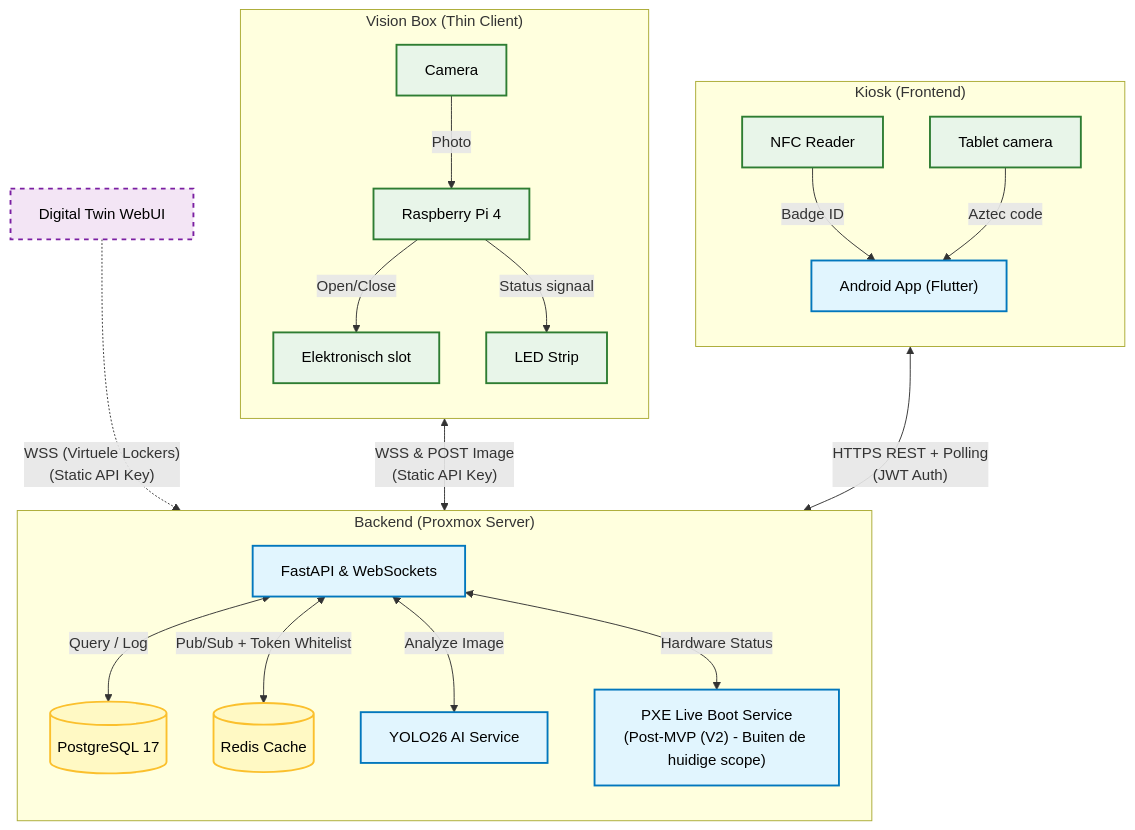
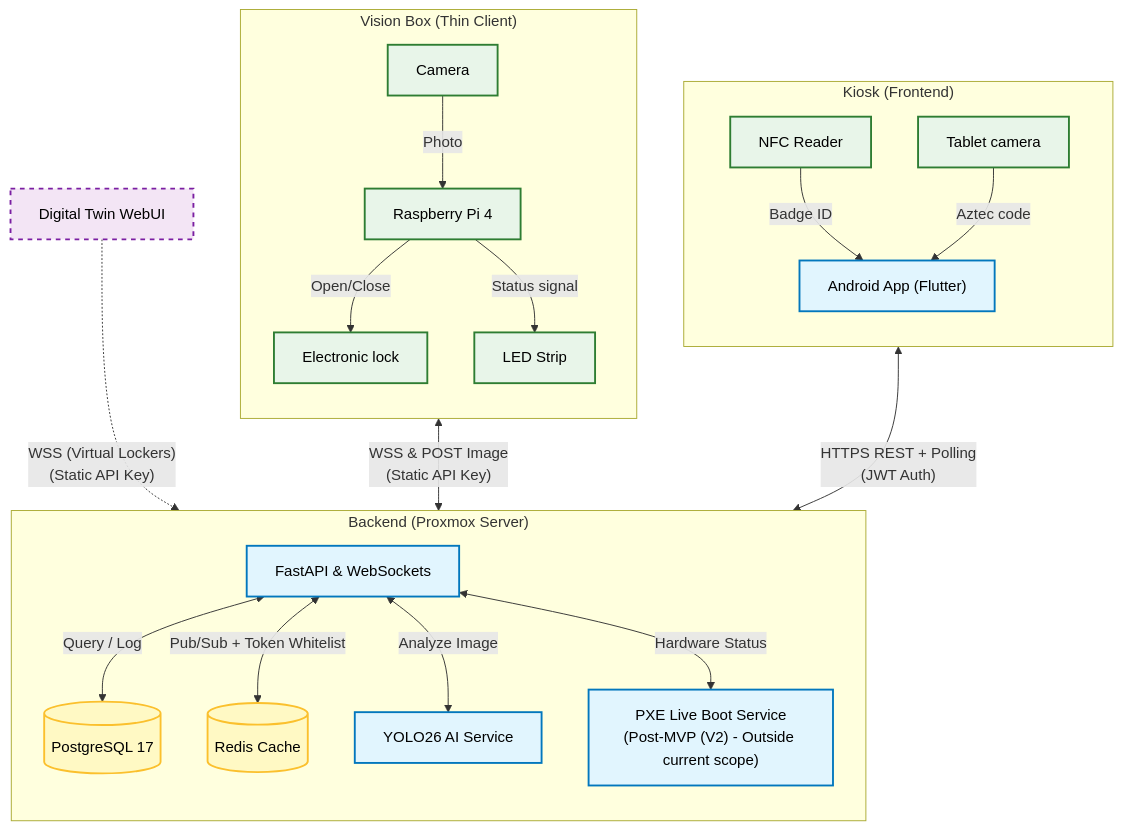
Before and after one commit to easylend-practice-enterprise/easylend: the second of 3 diagrams in docs/architecture.md, drawn with Mermaid. The commit also changed other lines of this file and 39 other files, not shown here.

````diff
--- a/docs/architecture.md
+++ b/docs/architecture.md
@@ -54,61 +54,61 @@
 ```mermaid
 flowchart TD
-    %% STIJLEN (Corporate & Clean)
+    %% STYLES (Corporate & Clean)
     classDef soft fill:#E1F5FE,stroke:#0277BD,stroke-width:2px,color:#000;
     classDef hard fill:#E8F5E9,stroke:#2E7D32,stroke-width:2px,color:#000;
     classDef data fill:#FFF9C4,stroke:#FBC02d,stroke-width:2px,color:#000;
     classDef sim  fill:#F3E5F5,stroke:#7B1FA2,stroke-width:2px,stroke-dasharray: 5 5,color:#000;
 
-    %% DOMEIN 1: KIOSK (LINKS)
+    %% DOMAIN 1: KIOSK (LEFT)
     subgraph Kiosk ["Kiosk (Frontend)"]
         direction TB
         NFC[NFC Reader]:::hard
         CamTab["Tablet camera"]:::hard
         App["Android App (Flutter)"]:::soft
         
         NFC -->|Badge ID| App
         CamTab -->|Aztec code| App
     end
 
-    %% DOMEIN 2: BACKEND (MIDDEN)
+    %% DOMAIN 2: BACKEND (CENTRE)
     subgraph Backend ["Backend (Proxmox Server)"]
         direction TB
         API["FastAPI & WebSockets"]:::soft
         AIService["YOLO26 AI Service"]:::soft
-        PXE["PXE Live Boot Service<br/>(Post-MVP (V2) - Buiten de huidige scope)"]:::soft
+        PXE["PXE Live Boot Service<br/>(Post-MVP (V2) - Outside current scope)"]:::soft
         DB[(PostgreSQL 17)]:::data
         Redis[(Redis Cache)]:::data
         
         API <-->|"Query / Log"| DB
         API <-->|"Pub/Sub + Token Whitelist"| Redis
         API <-->|"Analyze Image"| AIService
         API <-->|"Hardware Status"| PXE
     end
 
-    %% DOMEIN 3: VISION BOX (RECHTS)
+    %% DOMAIN 3: VISION BOX (RIGHT)
     subgraph Box ["Vision Box (Thin Client)"]
         direction TB
         RPi["Raspberry Pi 4"]:::hard
         CamBox[Camera]:::hard
-        Lock["Elektronisch slot"]:::hard
+        Lock["Electronic lock"]:::hard
         LED["LED Strip"]:::hard
         
         CamBox -->|Photo| RPi
         RPi -->|"Open/Close"| Lock
-        RPi -->|"Status signaal"| LED
+        RPi -->|"Status signal"| LED
     end
 
-    %% SIMULATIE (ONDER)
+    %% SIMULATION (BOTTOM)
     Sim["Digital Twin WebUI"]:::sim
 
-    %% HOOFD VERBINDINGEN
+    %% MAIN CONNECTIONS
     
-    %% Kiosk praat met API
+    %% Kiosk communicates with API
     App <-->|"HTTPS REST + Polling<br/>(JWT Auth)"| API
 
-    %% API praat met Box
+    %% API communicates with Box
     RPi <-->|"WSS & POST Image<br/>(Static API Key)"| API
 
-    %% Simulatie test de API
-    Sim -.->|"WSS (Virtuele Lockers)<br/>(Static API Key)"| API
+    %% Simulation tests the API
+    Sim -.->|"WSS (Virtual Lockers)<br/>(Static API Key)"| API
 ```
````
